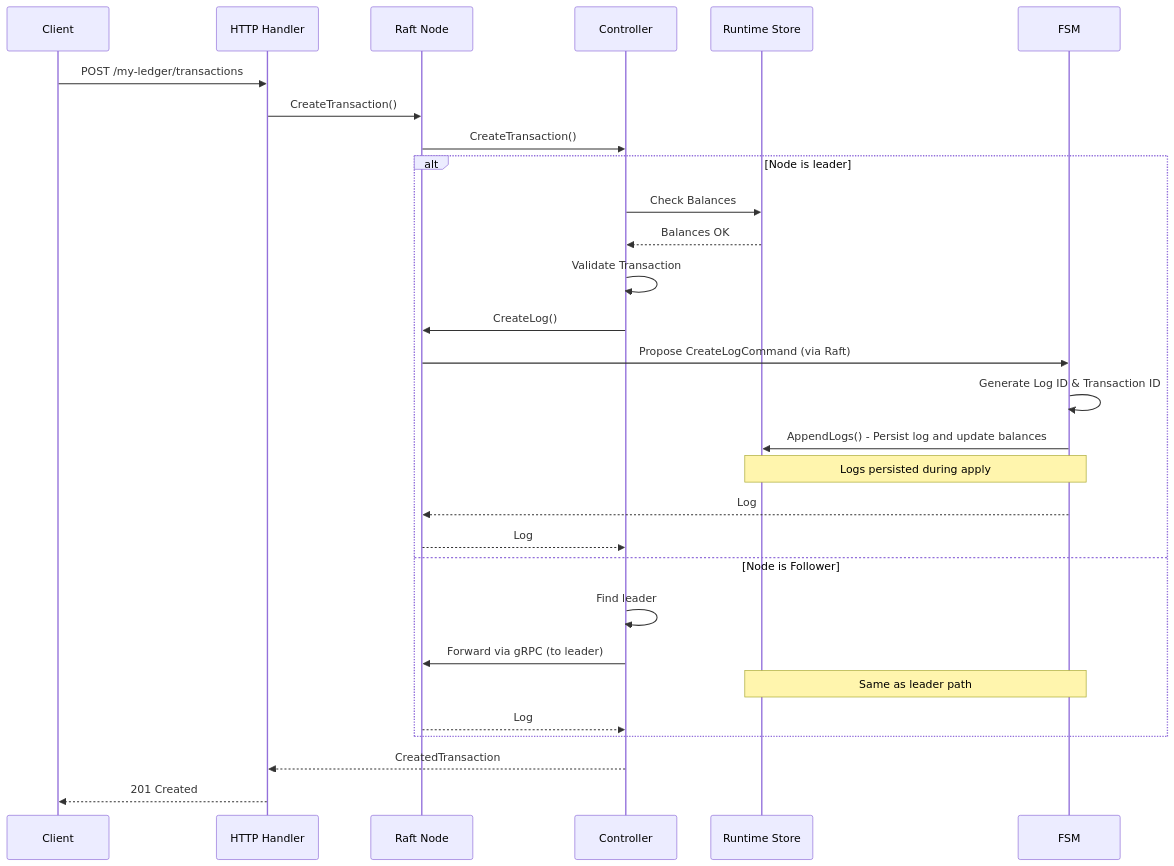
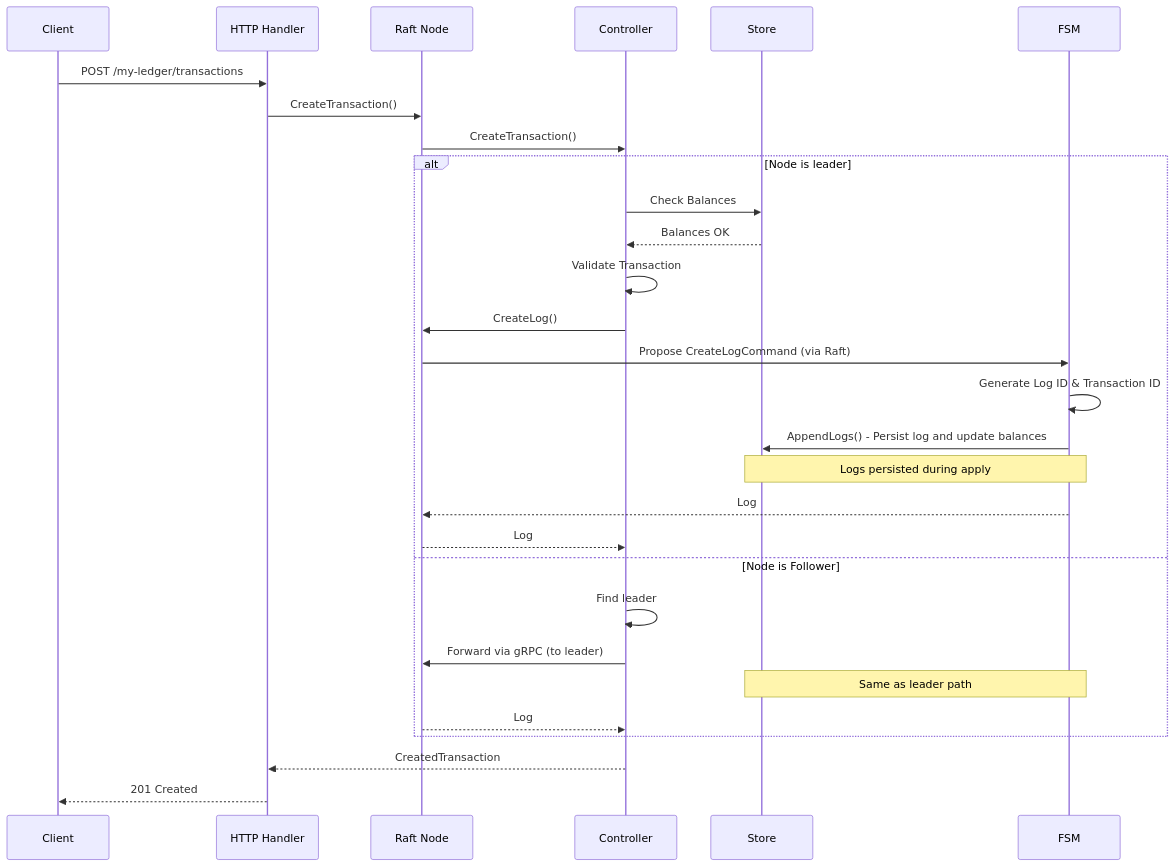
The second of 8 diagrams in docs/data-flows.md (formancehq/ledger), drawn with Mermaid before and after one commit. The commit also changed other lines of this file and 31 other files, not shown here.

````diff
--- a/docs/data-flows.md
+++ b/docs/data-flows.md
@@ -72,34 +72,34 @@
 ```mermaid
 sequenceDiagram
     participant Client
     participant HTTP as HTTP Handler
     participant RaftNode as Raft Node
     participant Controller as Controller
-    participant RuntimeStore as Runtime Store
+    participant Store as Store
     participant FSM as FSM
     
     Client->>HTTP: POST /my-ledger/transactions
     HTTP->>RaftNode: CreateTransaction()
     RaftNode->>Controller: CreateTransaction()
     
     alt Node is leader
-        Controller->>RuntimeStore: Check Balances
-        RuntimeStore-->>Controller: Balances OK
+        Controller->>Store: Check Balances
+        Store-->>Controller: Balances OK
         Controller->>Controller: Validate Transaction
         Controller->>RaftNode: CreateLog()
         RaftNode->>FSM: Propose CreateLogCommand (via Raft)
         FSM->>FSM: Generate Log ID & Transaction ID
-        FSM->>RuntimeStore: AppendLogs() - Persist log and update balances
-        Note over FSM,RuntimeStore: Logs persisted during apply
+        FSM->>Store: AppendLogs() - Persist log and update balances
+        Note over FSM,Store: Logs persisted during apply
         FSM-->>RaftNode: Log
         RaftNode-->>Controller: Log
     else Node is Follower
         Controller->>Controller: Find leader
         Controller->>RaftNode: Forward via gRPC (to leader)
-        Note over FSM,RuntimeStore: Same as leader path
+        Note over FSM,Store: Same as leader path
         RaftNode-->>Controller: Log
     end
     
     Controller-->>HTTP: CreatedTransaction
     HTTP-->>Client: 201 Created
 ```
````
